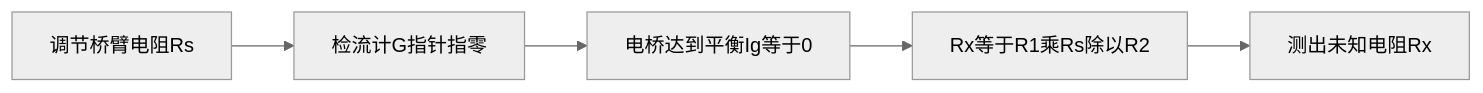
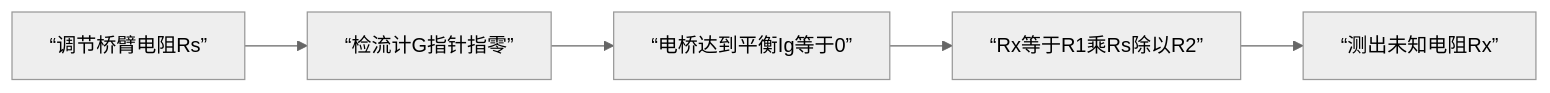
One commit to LiuandXu/physics-experiment-wiki changed the diagram in docs/07-直流电桥.md. Above: the diagram before and after it, drawn with Mermaid (neutral theme). The commit also changed other lines of this file and 9 other files, not shown here.

````diff
--- a/docs/07-直流电桥.md
+++ b/docs/07-直流电桥.md
@@ -192,7 +192,7 @@
 ```mermaid
 flowchart LR
-    A["调节桥臂电阻Rs"] --> B["检流计G指针指零"]
-    B --> C["电桥达到平衡Ig等于0"]
-    C --> D["Rx等于R1乘Rs除以R2"]
-    D --> E["测出未知电阻Rx"]
+    A[“调节桥臂电阻Rs”] --> B[“检流计G指针指零”]
+    B --> C[“电桥达到平衡Ig等于0”]
+    C --> D[“Rx等于R1乘Rs除以R2”]
+    D --> E[“测出未知电阻Rx”]
 ```
````
